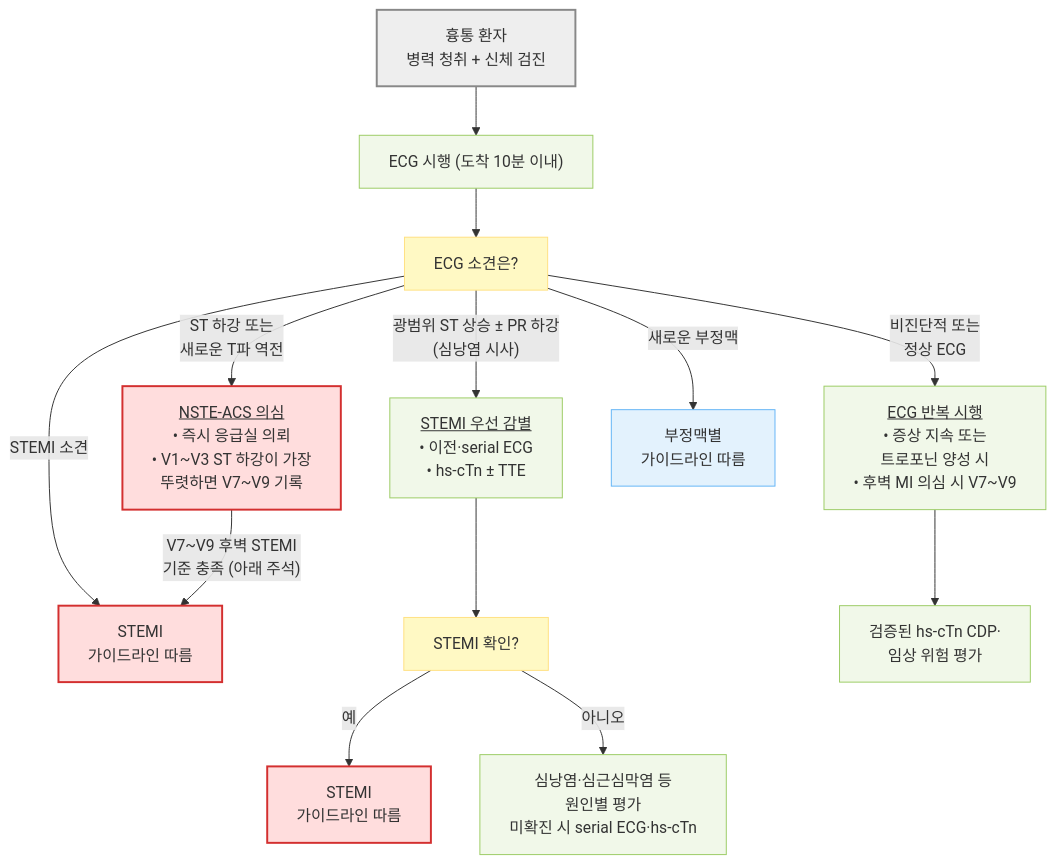
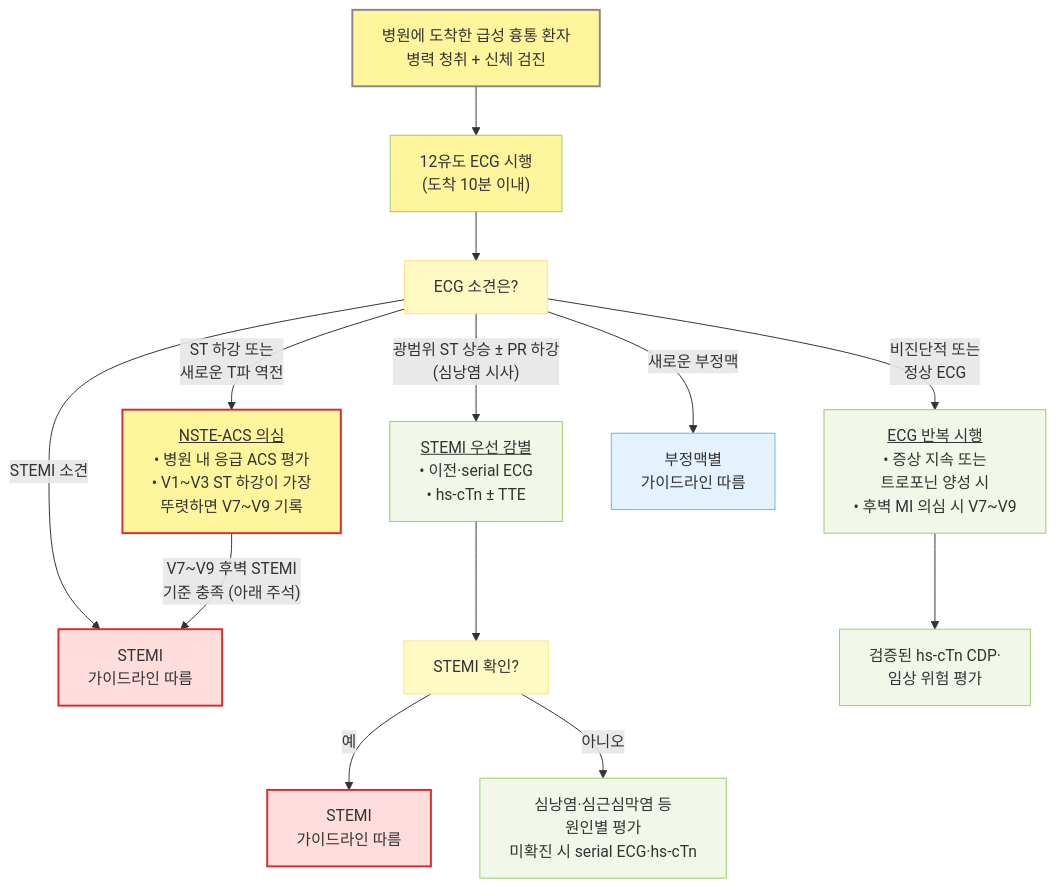
The second of 2 diagrams in 220_/002_-chest-pain.md (familyoh77/familyoh77), drawn with Mermaid before and after one commit. The commit also changed other lines of this file and 6 other files, not shown here.

````diff
--- a/220_/002_-chest-pain.md
+++ b/220_/002_-chest-pain.md
@@ -205,26 +222,29 @@
 ```mermaid
 flowchart TD
-    A["흉통 환자<br/>병력 청취 + 신체 검진"] --> B["ECG 시행 (도착 10분 이내)"]
+    A["병원에 도착한 급성 흉통 환자<br/>병력 청취 + 신체 검진"] --> B["12유도 ECG 시행<br/>(도착 10분 이내)"]
     B --> C["ECG 소견은?"]
     C -- "STEMI 소견" --> N["STEMI <br/>가이드라인 따름"]
     C -- "광범위 ST 상승 ± PR 하강 <br/>(심낭염 시사)" --> G["<u>STEMI 우선 감별</u><br/>• 이전·serial ECG<br/>• hs-cTn ± TTE"]
-    C -- "ST 하강 또는 <br/>새로운 T파 역전" --> H["<u>NSTE-ACS 의심</u><br/>• 즉시 응급실 의뢰<br/>• V1~V3 ST 하강이 가장 <br/>뚜렷하면 V7~V9 기록"]
+    C -- "ST 하강 또는 <br/>새로운 T파 역전" --> H["<u>NSTE-ACS 의심</u><br/>• 병원 내 응급 ACS 평가<br/>• V1~V3 ST 하강이 가장 <br/>뚜렷하면 V7~V9 기록"]
     H -- "V7~V9 후벽 STEMI<br/>기준 충족 (아래 주석)" --> N
     C -- "비진단적 또는 <br/>정상 ECG" --> E["<u>ECG 반복 시행</u><br/>• 증상 지속 또는 <br/>트로포닌 양성 시<br/>• 후벽 MI 의심 시 V7~V9"]
     C -- "새로운 부정맥" --> M["부정맥별 <br/>가이드라인 따름"]
     G --> Q["STEMI 확인?"]
     Q -- "예" --> N1["STEMI <br/>가이드라인 따름"]
     Q -- "아니오" --> P["심낭염·심근심막염 등 <br/>원인별 평가<br/>미확진 시 serial ECG·hs-cTn"]
     E --> T["검증된 hs-cTn CDP·<br/>임상 위험 평가"]
 
     classDef start fill:#eeeeee,stroke:#888888,stroke-width:2px
     classDef question fill:#fff9c4,stroke:#ffe082
     classDef emergency fill:#ffdddd,stroke:#d32f2f,stroke-width:2px
     classDef evaluation fill:#f1f8e9,stroke:#9ccc65
     classDef treatment fill:#e3f2fd,stroke:#64b5f6
     class A start
     class C,Q question
     class N,N1,H emergency
     class B,G,E,T,P evaluation
     class M treatment
+    style A fill:#fff59d
+    style B fill:#fff59d
+    style H fill:#fff59d
 ```
````
